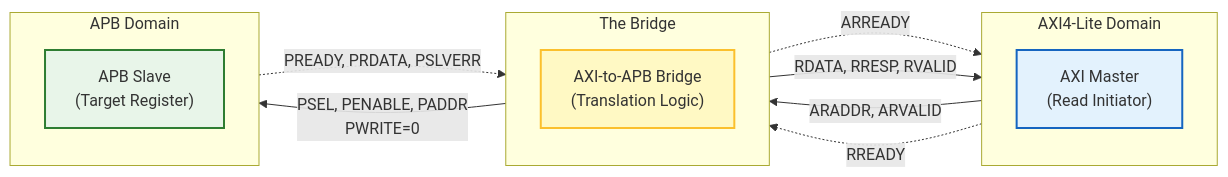
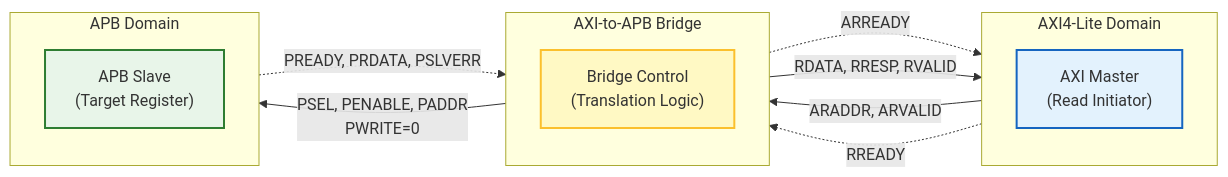
The third of 4 diagrams in README.md (noammalca1/AXI4-Lite-to-APB-Bridge-with-Asynchronous-CDC), drawn with Mermaid before and after one commit.

````diff
--- a/README.md
+++ b/README.md
@@ -271,45 +271,45 @@
 ```mermaid
 graph LR
     %% Definitions
     subgraph AXI_Side [AXI4-Lite Domain]
         direction TB
         AXI_M["AXI Master<br/>(Read Initiator)"]
     end
     
-    subgraph Bridge_Scope [The Bridge]
+    subgraph Bridge_Scope [AXI-to-APB Bridge]
         direction TB
-        DUT["AXI-to-APB Bridge<br/>(Translation Logic)"]
+        DUT["Bridge Control<br/>(Translation Logic)"]
     end
 
     subgraph APB_Side [APB Domain]
         direction TB
         APB_S["APB Slave<br/>(Target Register)"]
     end
 
     %% Styles
     classDef master fill:#e3f2fd,stroke:#1565c0,stroke-width:2px;
     classDef bridge fill:#fff9c4,stroke:#fbc02d,stroke-width:2px;
     classDef slave fill:#e8f5e9,stroke:#2e7d32,stroke-width:2px;
     
     class AXI_M master;
     class DUT bridge;
     class APB_S slave;
 
     %% --- PHASE 1: AXI Read Request ---
     %% Master sends Address
     AXI_M -- "ARADDR, ARVALID" --> DUT
     %% Bridge accepts
     DUT -. "ARREADY" .-> AXI_M
 
     %% --- PHASE 2: APB Read Transaction ---
     %% Bridge drives APB Read (PWRITE=0)
     DUT -- "PSEL, PENABLE, PADDR<br/>PWRITE=0" --> APB_S
     %% Slave returns Data and Status
     APB_S -. "PREADY, PRDATA, PSLVERR" .-> DUT
 
     %% --- PHASE 3: AXI Read Response ---
     %% Bridge sends Data back
     DUT -- "RDATA, RRESP, RVALID" --> AXI_M
     %% Master accepts response
     AXI_M -. "RREADY" .-> DUT
 ```
````
